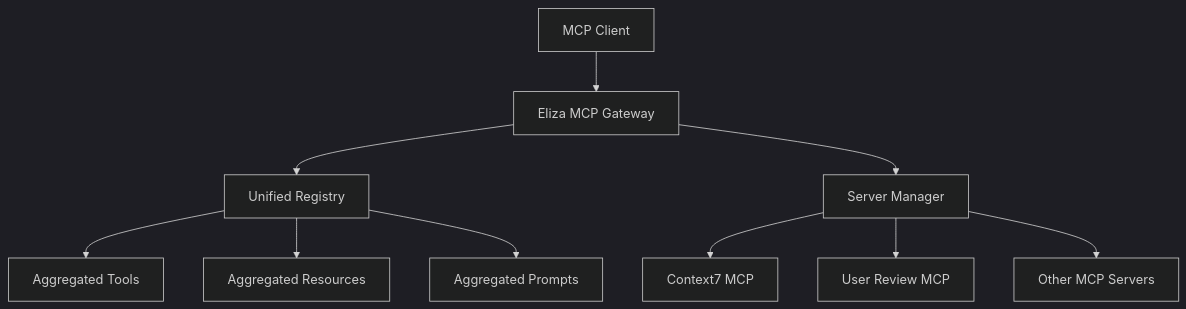
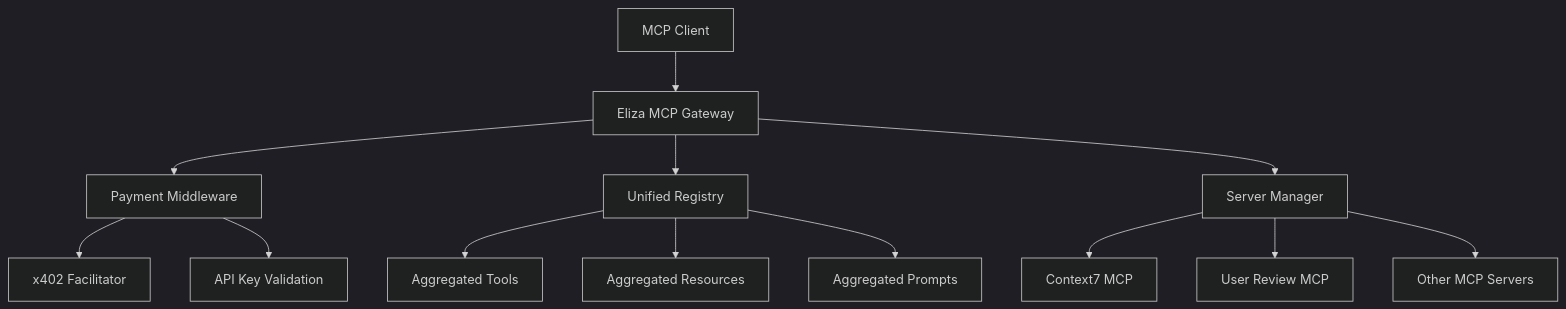
Before and after one commit to elizaOS/mcp-gateway: the diagram in README.md, drawn with Mermaid (dark theme). The commit also changed other lines of this file and 9 other files, not shown here.

````diff
--- a/README.md
+++ b/README.md
@@ -262,14 +424,18 @@
 ```mermaid
 graph TB
     Client[MCP Client] --> Gateway[Eliza MCP Gateway]
+    Gateway --> Payment[Payment Middleware]
     Gateway --> Registry[Unified Registry]
     Gateway --> Manager[Server Manager]
-    
+
+    Payment --> x402[x402 Facilitator]
+    Payment --> APIKeys[API Key Validation]
+
     Manager --> Server1[Context7 MCP]
     Manager --> Server2[User Review MCP]
     Manager --> Server3[Other MCP Servers]
-    
+
     Registry --> Tools[Aggregated Tools]
-    Registry --> Resources[Aggregated Resources]  
+    Registry --> Resources[Aggregated Resources]
     Registry --> Prompts[Aggregated Prompts]
 ```
````
